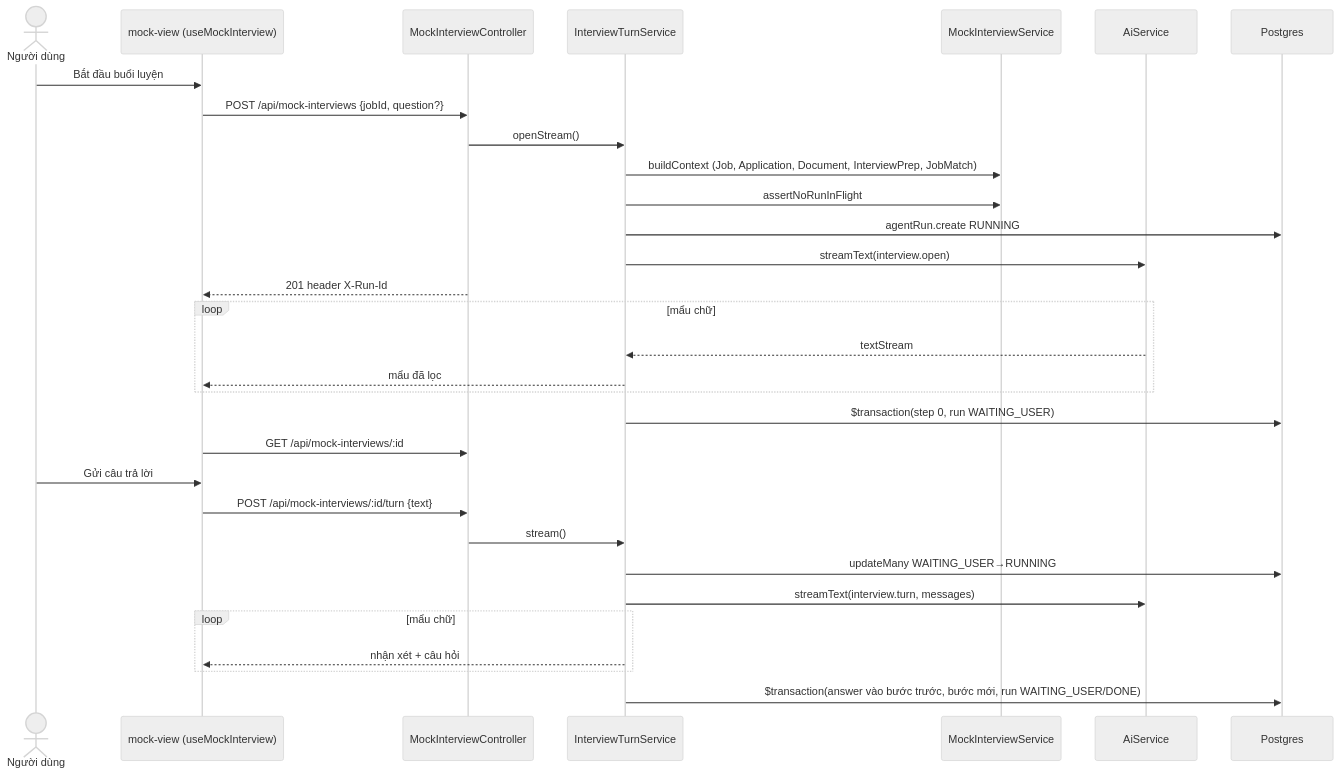
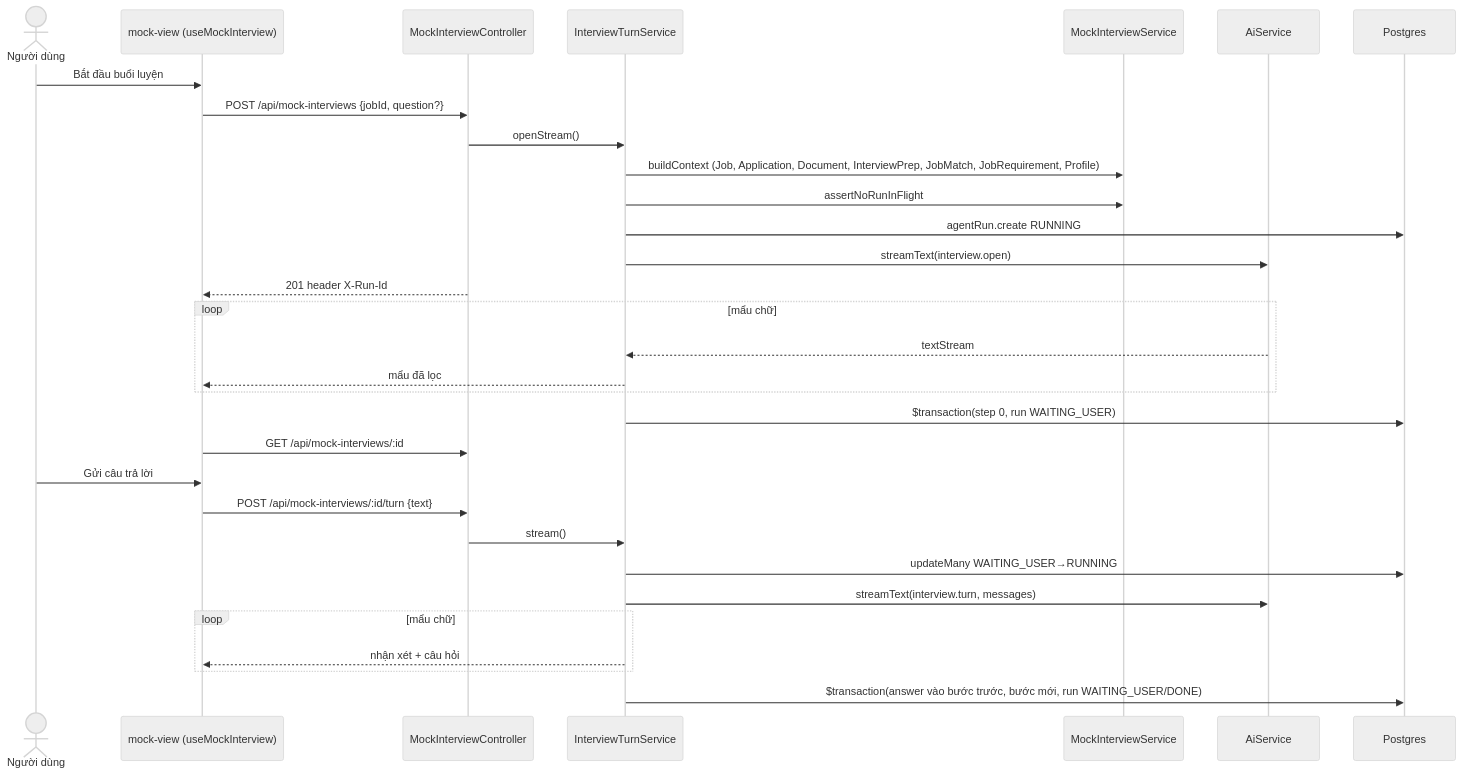
The second of 3 diagrams in docs/business-flows/modules/mock-interview.md (BuiThienHoang221204/ai-job-search), drawn with Mermaid (neutral theme) before and after one commit. The commit also changed other lines of this file and 15 other files, not shown here.

First line of the commit message:
feat(mock-interview): profile-aware questions, early finish and a 20-question safety cap

````diff
--- a/docs/business-flows/modules/mock-interview.md
+++ b/docs/business-flows/modules/mock-interview.md
@@ -150,33 +151,33 @@
 ```mermaid
 sequenceDiagram
   actor U as Người dùng
   participant FE as mock-view (useMockInterview)
   participant C as MockInterviewController
   participant T as InterviewTurnService
   participant S as MockInterviewService
   participant AI as AiService
   participant DB as Postgres
   U->>FE: Bắt đầu buổi luyện
   FE->>C: POST /api/mock-interviews {jobId, question?}
   C->>T: openStream()
-  T->>S: buildContext (Job, Application, Document, InterviewPrep, JobMatch)
+  T->>S: buildContext (Job, Application, Document, InterviewPrep, JobMatch, JobRequirement, Profile)
   T->>S: assertNoRunInFlight
   T->>DB: agentRun.create RUNNING
   T->>AI: streamText(interview.open)
   C-->>FE: 201 header X-Run-Id
   loop mẩu chữ
     AI-->>T: textStream
     T-->>FE: mẩu đã lọc
   end
   T->>DB: $transaction(step 0, run WAITING_USER)
   FE->>C: GET /api/mock-interviews/:id
   U->>FE: Gửi câu trả lời
   FE->>C: POST /api/mock-interviews/:id/turn {text}
   C->>T: stream()
   T->>DB: updateMany WAITING_USER→RUNNING
   T->>AI: streamText(interview.turn, messages)
   loop mẩu chữ
     T-->>FE: nhận xét + câu hỏi
   end
   T->>DB: $transaction(answer vào bước trước, bước mới, run WAITING_USER/DONE)
 ```
````
